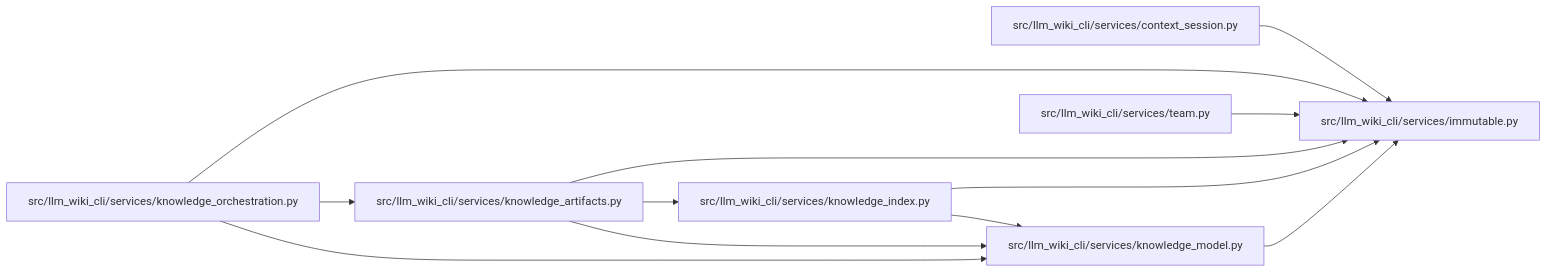
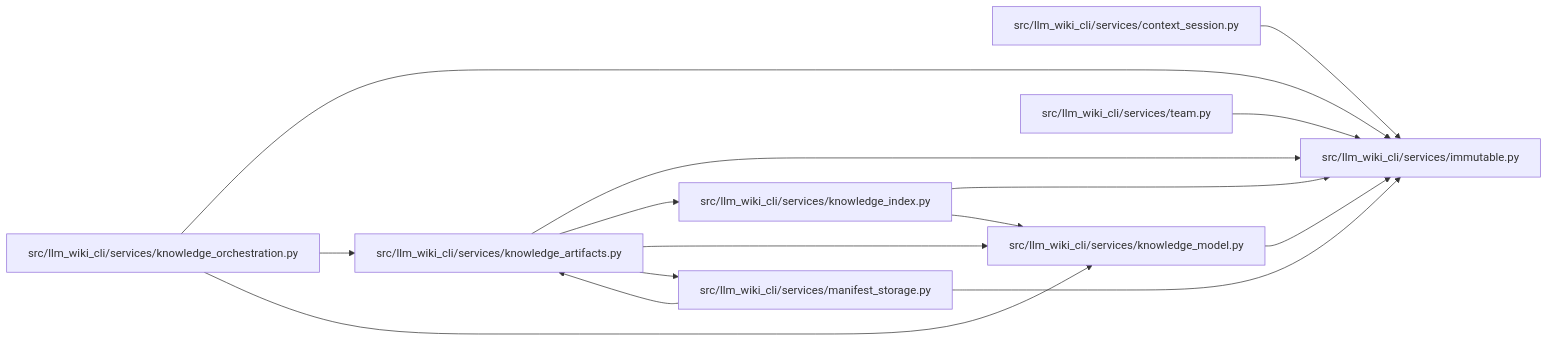
One commit to Denissvgn/python-wiki-llm changed the diagram in docs/llm_wiki/modules/immutable.md. Above: the diagram before and after it, drawn with Mermaid. The commit also changed other lines of this file and 476 other files, not shown here.

Commit message:
Refresh the reference wiki with bounded manifest storage

````diff
--- a/docs/llm_wiki/modules/immutable.md
+++ b/docs/llm_wiki/modules/immutable.md
@@ -22,28 +22,33 @@
 ```mermaid
 flowchart LR
     n0["src/llm_wiki_cli/services/context_session.py"]
     n1["src/llm_wiki_cli/services/immutable.py"]
     n2["src/llm_wiki_cli/services/knowledge_artifacts.py"]
     n3["src/llm_wiki_cli/services/knowledge_index.py"]
     n4["src/llm_wiki_cli/services/knowledge_model.py"]
     n5["src/llm_wiki_cli/services/knowledge_orchestration.py"]
-    n6["src/llm_wiki_cli/services/team.py"]
+    n6["src/llm_wiki_cli/services/manifest_storage.py"]
+    n7["src/llm_wiki_cli/services/team.py"]
     n0 --> n1
     n2 --> n1
     n2 --> n3
     n2 --> n4
+    n2 --> n6
     n3 --> n1
     n3 --> n4
     n4 --> n1
     n5 --> n1
     n5 --> n2
     n5 --> n4
     n6 --> n1
+    n6 --> n2
+    n7 --> n1
     click n0 "../modules/context_session.md"
     click n1 "../modules/immutable.md"
     click n2 "../modules/knowledge_artifacts.md"
     click n3 "../modules/knowledge_index.md"
     click n4 "../modules/knowledge_model.md"
     click n5 "../modules/knowledge_orchestration.md"
-    click n6 "../modules/team.md"
+    click n6 "../modules/manifest_storage.md"
+    click n7 "../modules/team.md"
 ```
````
